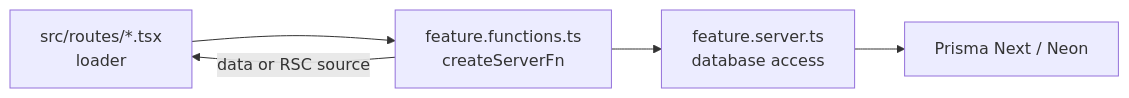
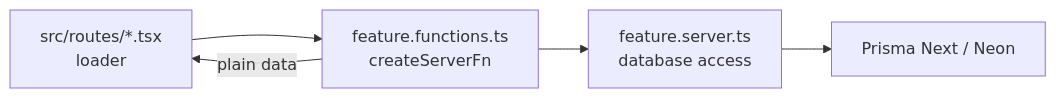
One commit to wends05/final-portfolio changed the diagram in docs/decisions/0006-tanstack-start-application-stack.md. Above: the diagram before and after it, drawn with Mermaid. The commit also changed other lines of this file and 9 other files, not shown here.

````diff
--- a/docs/decisions/0006-tanstack-start-application-stack.md
+++ b/docs/decisions/0006-tanstack-start-application-stack.md
@@ -21,7 +21,7 @@
 ```mermaid
 flowchart LR
     Route["src/routes/*.tsx<br/>loader"] --> Fn["feature.functions.ts<br/>createServerFn"]
     Fn --> Server["feature.server.ts<br/>database access"]
     Server --> DB["Prisma Next / Neon"]
-    Fn -->|"data or RSC source"| Route
+    Fn -->|"plain data"| Route
 ```
````
